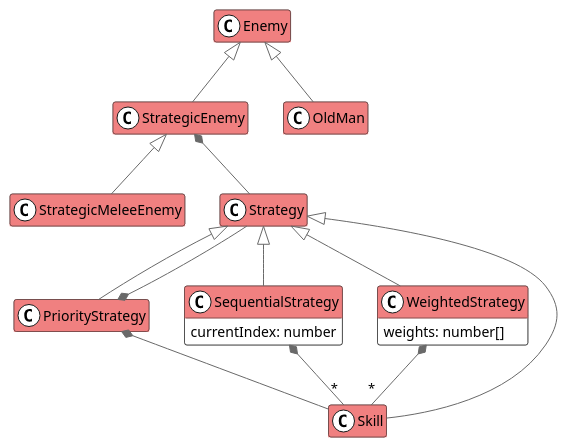
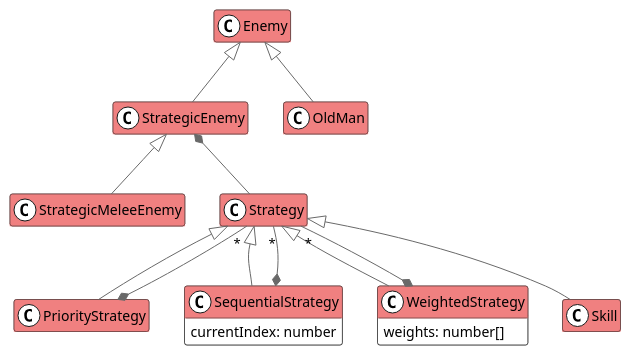
The diagram in doc/model-enemy.puml (fbeaufume/draconis), drawn with PlantUML before and after one commit. The commit also changed 3 other files, not shown here.

```diff
--- a/doc/model-enemy.puml
+++ b/doc/model-enemy.puml
@@ -1,42 +1,44 @@
 @startuml
 
 scale 1.0
 hide empty methods
 hide empty attributes
 skinparam arrowColor #DimGray
 <style>
 spotClass { BackgroundColor white }
 </style>
 skinparam class {
   BackgroundColor White
   HeaderBackgroundColor LightCoral
 }
 
 class Enemy {
+}
+
+class Skill {
 }
 
 class PriorityStrategy {
 }
 
 class SequentialStrategy {
   currentIndex: number
 }
 
 class WeightedStrategy {
   weights: number[]
 }
 
 Enemy <|-- StrategicEnemy
 Enemy <|-- OldMan
 StrategicEnemy <|-- StrategicMeleeEnemy
 StrategicEnemy *-- Strategy
 Strategy <|-- Skill
 Strategy <|-- PriorityStrategy
 Strategy <|-- SequentialStrategy
 Strategy <|-- WeightedStrategy
-PriorityStrategy *-- Skill
-PriorityStrategy *-- Strategy
-WeightedStrategy *-- "*" Skill
-SequentialStrategy *-- "*" Skill
+PriorityStrategy *-- "*" Strategy
+SequentialStrategy *-- "*" Strategy
+WeightedStrategy *-- "*" Strategy
 
 @enduml
```
